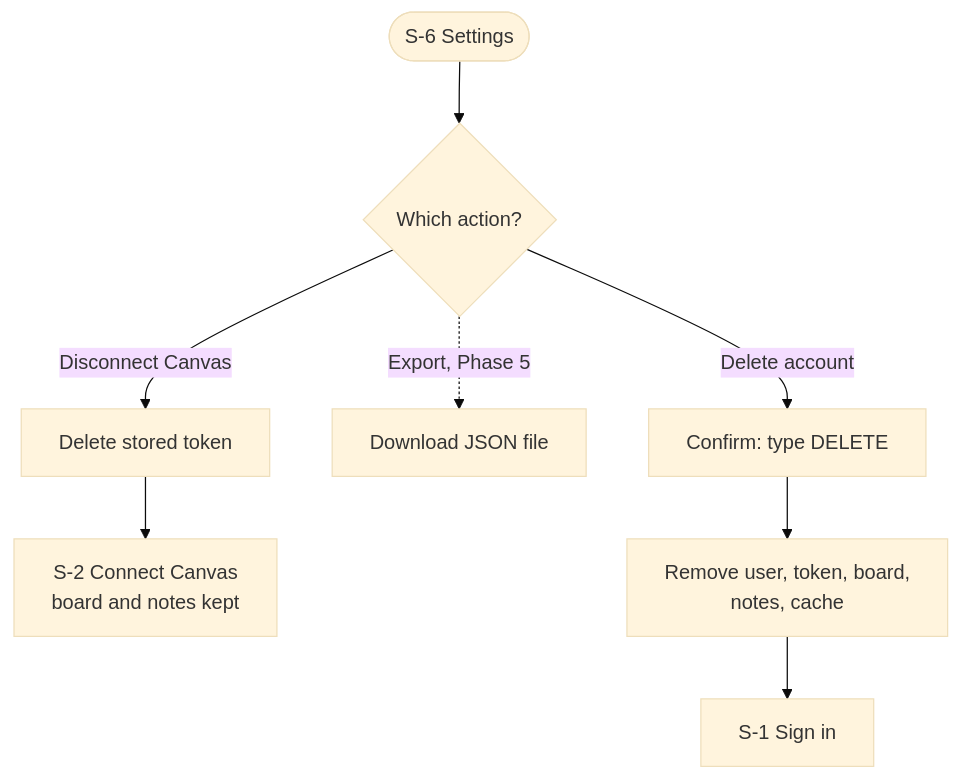
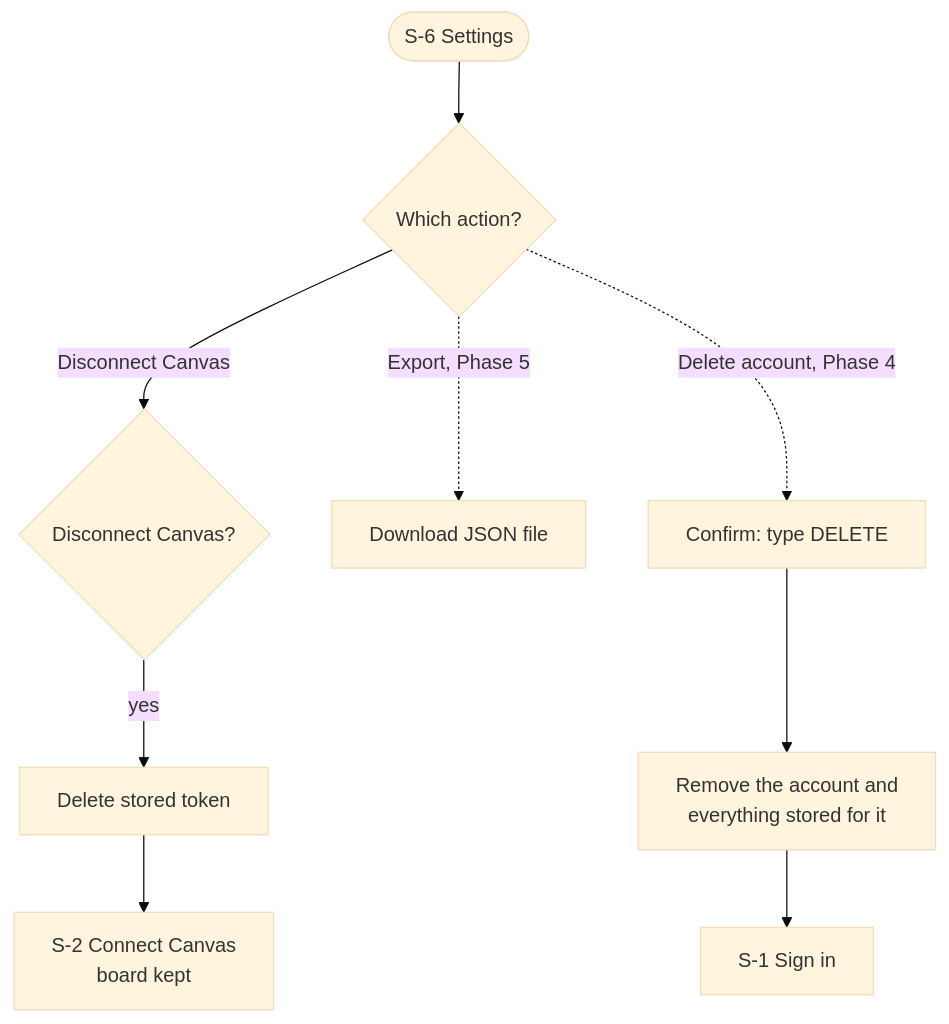
The seventh of 9 diagrams in docs/canvas-portal/04-ui-specification.md (bbranton/TestProj), drawn with Mermaid (base theme) before and after one commit. The commit also changed other lines of this file, not shown here.

First line of the commit message:
Review the User Interface Specification from the student's side

````diff
--- a/docs/canvas-portal/04-ui-specification.md
+++ b/docs/canvas-portal/04-ui-specification.md
@@ -500,8 +643,9 @@
 ```mermaid
 flowchart TD
     A([S-6 Settings]) --> B{Which action?}
-    B -- Disconnect Canvas --> C[Delete stored token] --> D[S-2 Connect Canvas<br/>board and notes kept]
+    B -- Disconnect Canvas --> C0{Disconnect Canvas?}
+    C0 -- yes --> C[Delete stored token] --> D[S-2 Connect Canvas<br/>board kept]
     B -. Export, Phase 5 .-> E[Download JSON file]
-    B -- Delete account --> F[Confirm: type DELETE]
-    F --> G[Remove user, token, board,<br/>notes, cache] --> H[S-1 Sign in]
+    B -. Delete account, Phase 4 .-> F[Confirm: type DELETE]
+    F --> G[Remove the account and<br/>everything stored for it] --> H[S-1 Sign in]
 ```
````
